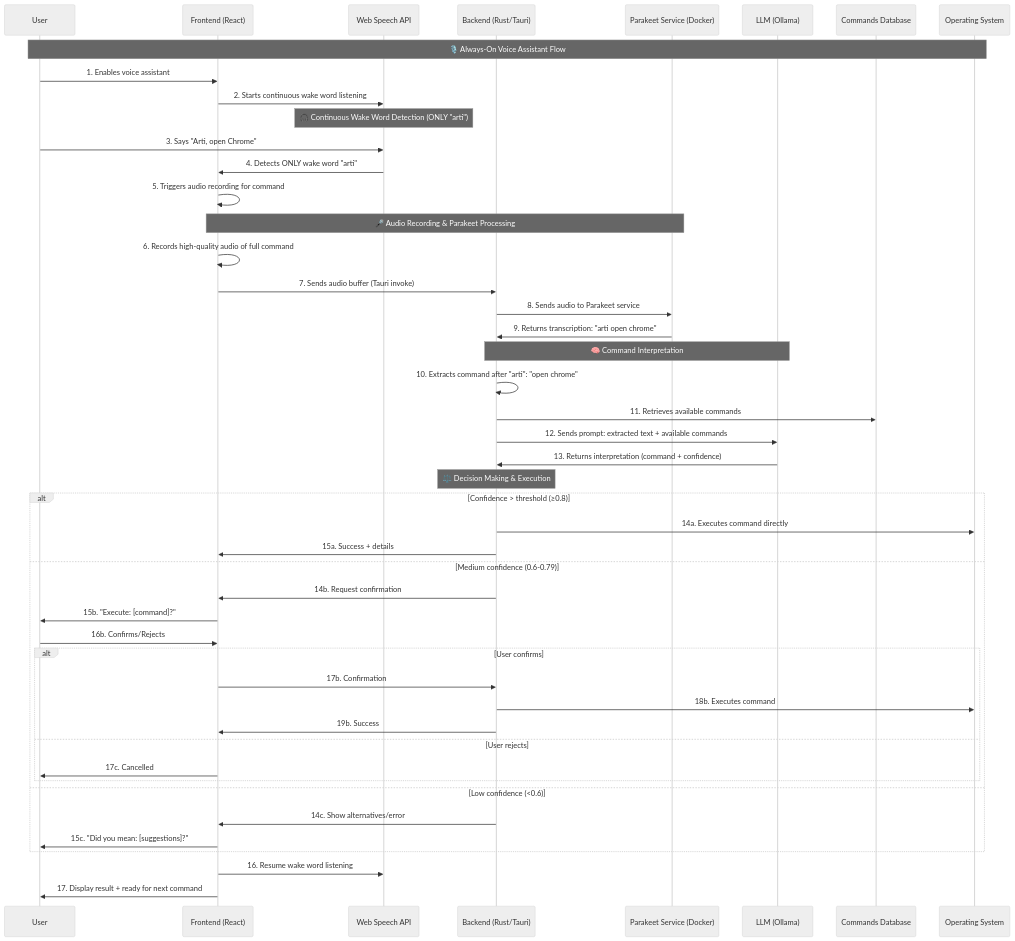
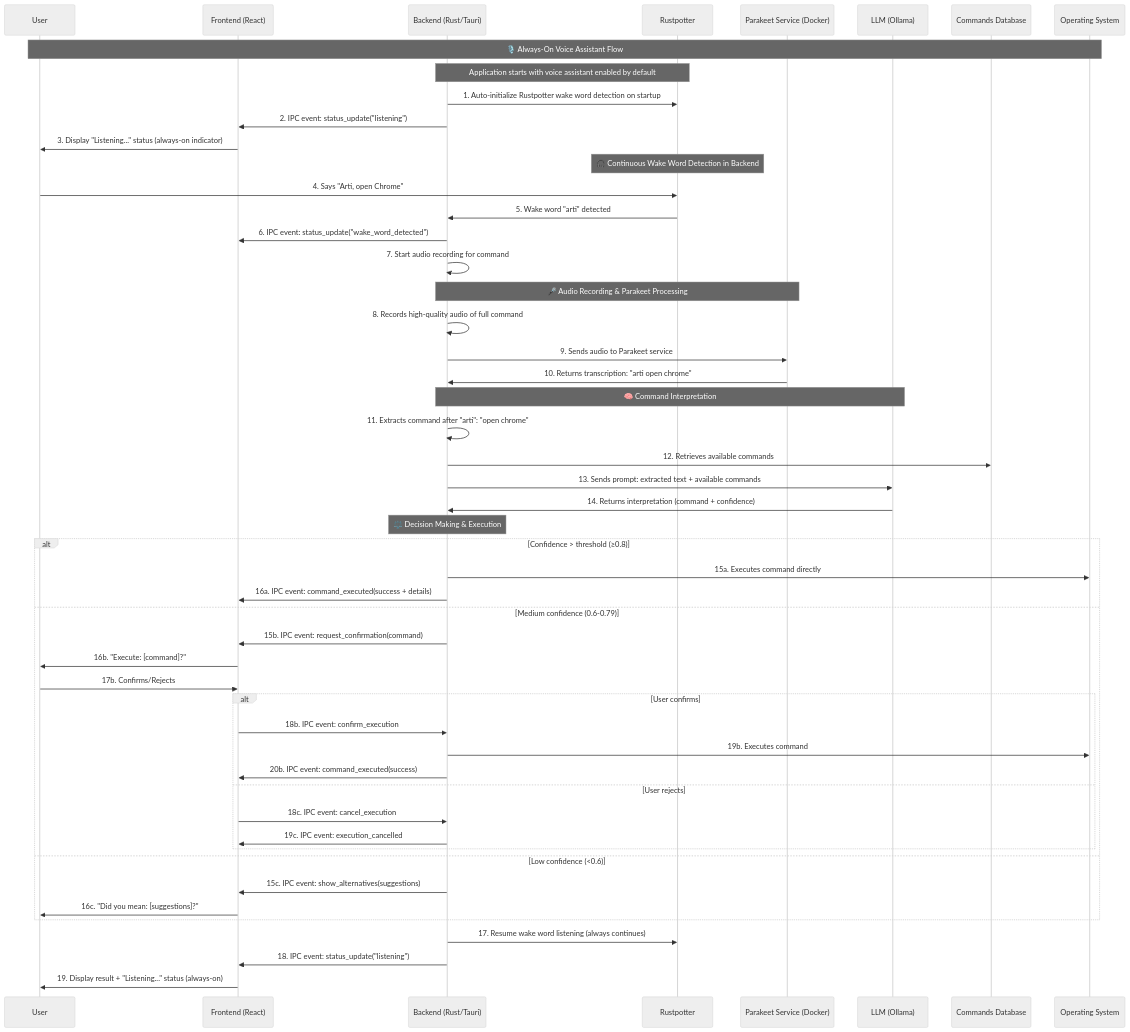
One commit to PiotrGrobelak/shortcut-artisan changed the first of 2 diagrams in docs/architecture/voice-command-flow.md. Above: the diagram before and after it, drawn with Mermaid (neutral theme). The commit also changed other lines of this file and 6 other files, not shown here.

````diff
--- a/docs/architecture/voice-command-flow.md
+++ b/docs/architecture/voice-command-flow.md
@@ -35,56 +37,60 @@
 ```mermaid
 sequenceDiagram
     participant U as User
     participant F as Frontend (React)
-    participant WSA as Web Speech API
     participant B as Backend (Rust/Tauri)
+    participant R as Rustpotter
     participant P as Parakeet Service (Docker)
     participant L as LLM (Ollama)
     participant DB as Commands Database
     participant OS as Operating System
 
     Note over U,OS: 🎙️ Always-On Voice Assistant Flow
 
-    U->>F: 1. Enables voice assistant
-    F->>WSA: 2. Starts continuous wake word listening
+    Note over B,R: Application starts with voice assistant enabled by default
+    B->>R: 1. Auto-initialize Rustpotter wake word detection on startup
+    B->>F: 2. IPC event: status_update("listening")
+    F->>U: 3. Display "Listening..." status (always-on indicator)
 
-    Note over WSA,WSA: 🎧 Continuous Wake Word Detection (ONLY "arti")
-    U->>WSA: 3. Says "Arti, open Chrome"
-    WSA->>F: 4. Detects ONLY wake word "arti"
-    F->>F: 5. Triggers audio recording for command
+    Note over R,R: 🎧 Continuous Wake Word Detection in Backend
+    U->>R: 4. Says "Arti, open Chrome"
+    R->>B: 5. Wake word "arti" detected
+    B->>F: 6. IPC event: status_update("wake_word_detected")
+    B->>B: 7. Start audio recording for command
 
-    Note over F,P: 🎤 Audio Recording & Parakeet Processing
-    F->>F: 6. Records high-quality audio of full command
-    F->>B: 7. Sends audio buffer (Tauri invoke)
-    B->>P: 8. Sends audio to Parakeet service
-    P->>B: 9. Returns transcription: "arti open chrome"
+    Note over B,P: 🎤 Audio Recording & Parakeet Processing
+    B->>B: 8. Records high-quality audio of full command
+    B->>P: 9. Sends audio to Parakeet service
+    P->>B: 10. Returns transcription: "arti open chrome"
 
     Note over B,L: 🧠 Command Interpretation
-    B->>B: 10. Extracts command after "arti": "open chrome"
-    B->>DB: 11. Retrieves available commands
-    B->>L: 12. Sends prompt: extracted text + available commands
-    L->>B: 13. Returns interpretation (command + confidence)
+    B->>B: 11. Extracts command after "arti": "open chrome"
+    B->>DB: 12. Retrieves available commands
+    B->>L: 13. Sends prompt: extracted text + available commands
+    L->>B: 14. Returns interpretation (command + confidence)
 
     Note over B,B: ⚖️ Decision Making & Execution
     alt Confidence > threshold (≥0.8)
-        B->>OS: 14a. Executes command directly
-        B->>F: 15a. Success + details
+        B->>OS: 15a. Executes command directly
+        B->>F: 16a. IPC event: command_executed(success + details)
     else Medium confidence (0.6-0.79)
-        B->>F: 14b. Request confirmation
-        F->>U: 15b. "Execute: [command]?"
-        U->>F: 16b. Confirms/Rejects
+        B->>F: 15b. IPC event: request_confirmation(command)
+        F->>U: 16b. "Execute: [command]?"
+        U->>F: 17b. Confirms/Rejects
         alt User confirms
-            F->>B: 17b. Confirmation
-            B->>OS: 18b. Executes command
-            B->>F: 19b. Success
+            F->>B: 18b. IPC event: confirm_execution
+            B->>OS: 19b. Executes command
+            B->>F: 20b. IPC event: command_executed(success)
         else User rejects
-            F->>U: 17c. Cancelled
+            F->>B: 18c. IPC event: cancel_execution
+            B->>F: 19c. IPC event: execution_cancelled
         end
     else Low confidence (<0.6)
-        B->>F: 14c. Show alternatives/error
-        F->>U: 15c. "Did you mean: [suggestions]?"
+        B->>F: 15c. IPC event: show_alternatives(suggestions)
+        F->>U: 16c. "Did you mean: [suggestions]?"
     end
 
-    F->>WSA: 16. Resume wake word listening
-    F->>U: 17. Display result + ready for next command
+    B->>R: 17. Resume wake word listening (always continues)
+    B->>F: 18. IPC event: status_update("listening")
+    F->>U: 19. Display result + "Listening..." status (always-on)
 ```
````
